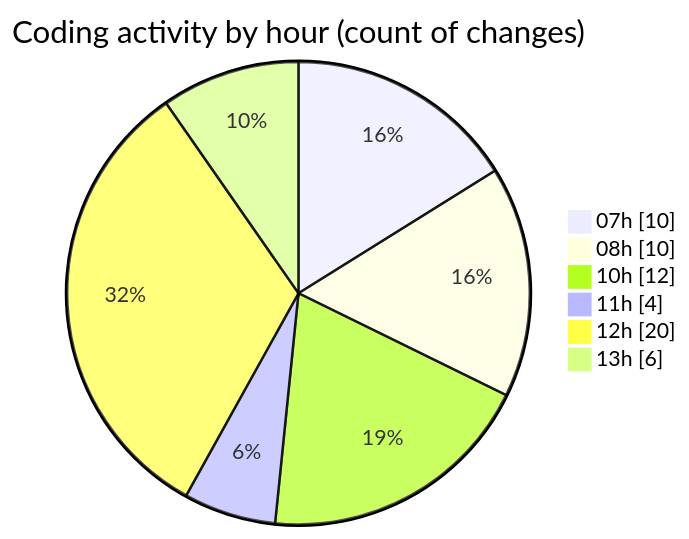
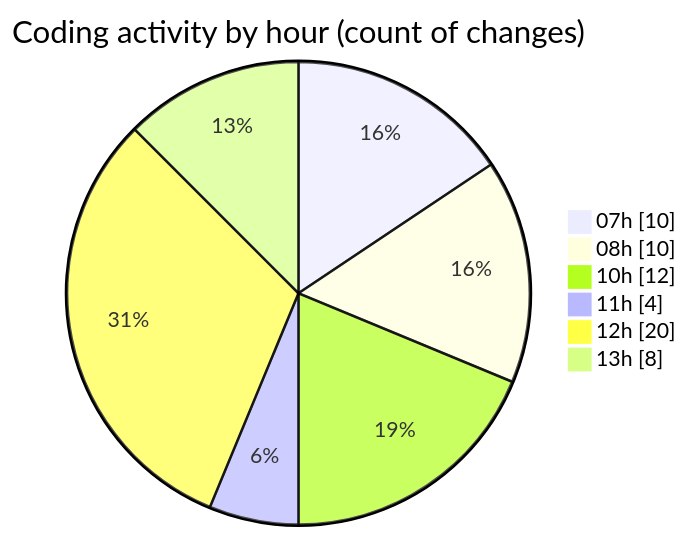
One commit to tmsrecording-cyber/code-tracking changed the second of 2 diagrams in 2026-02-08/singularitybrainai/README.md. Above: the diagram before and after it, drawn with Mermaid. The commit also changed other lines of this file and 1 other file, not shown here.

````diff
--- a/2026-02-08/singularitybrainai/README.md
+++ b/2026-02-08/singularitybrainai/README.md
@@ -41,10 +41,10 @@
 ```mermaid
 pie showData
 title Coding activity by hour (count of changes)
 "07h" : 10
 "08h" : 10
 "10h" : 12
 "11h" : 4
 "12h" : 20
-"13h" : 6
+"13h" : 8
 ```
````
